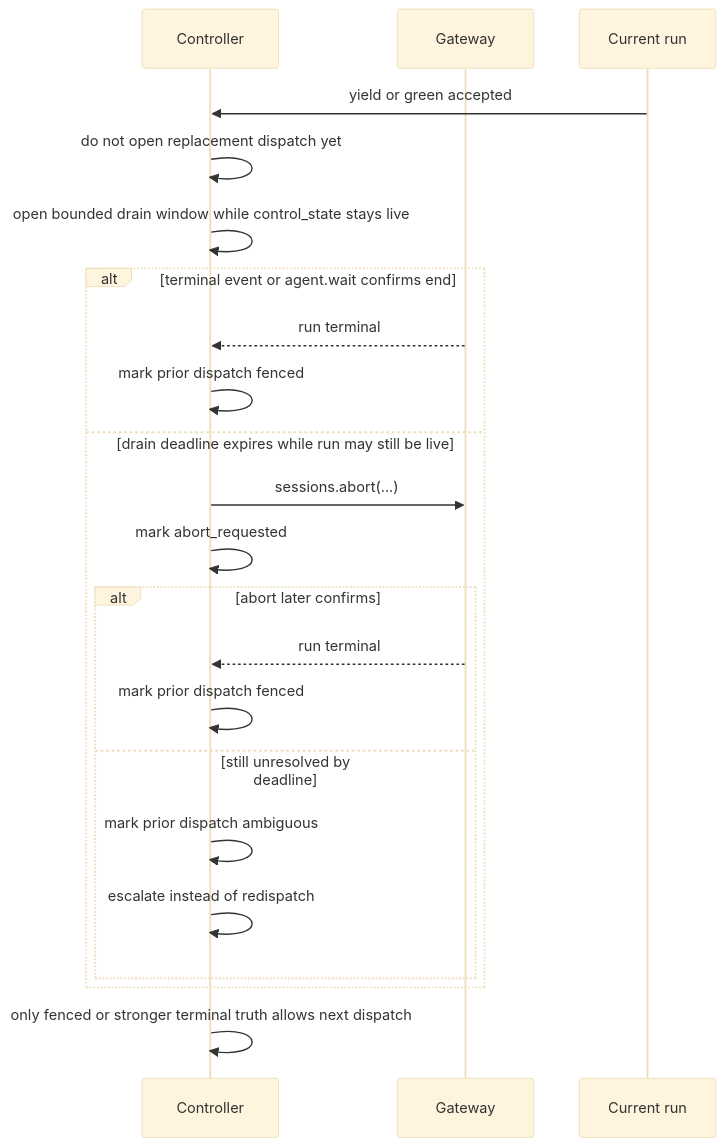
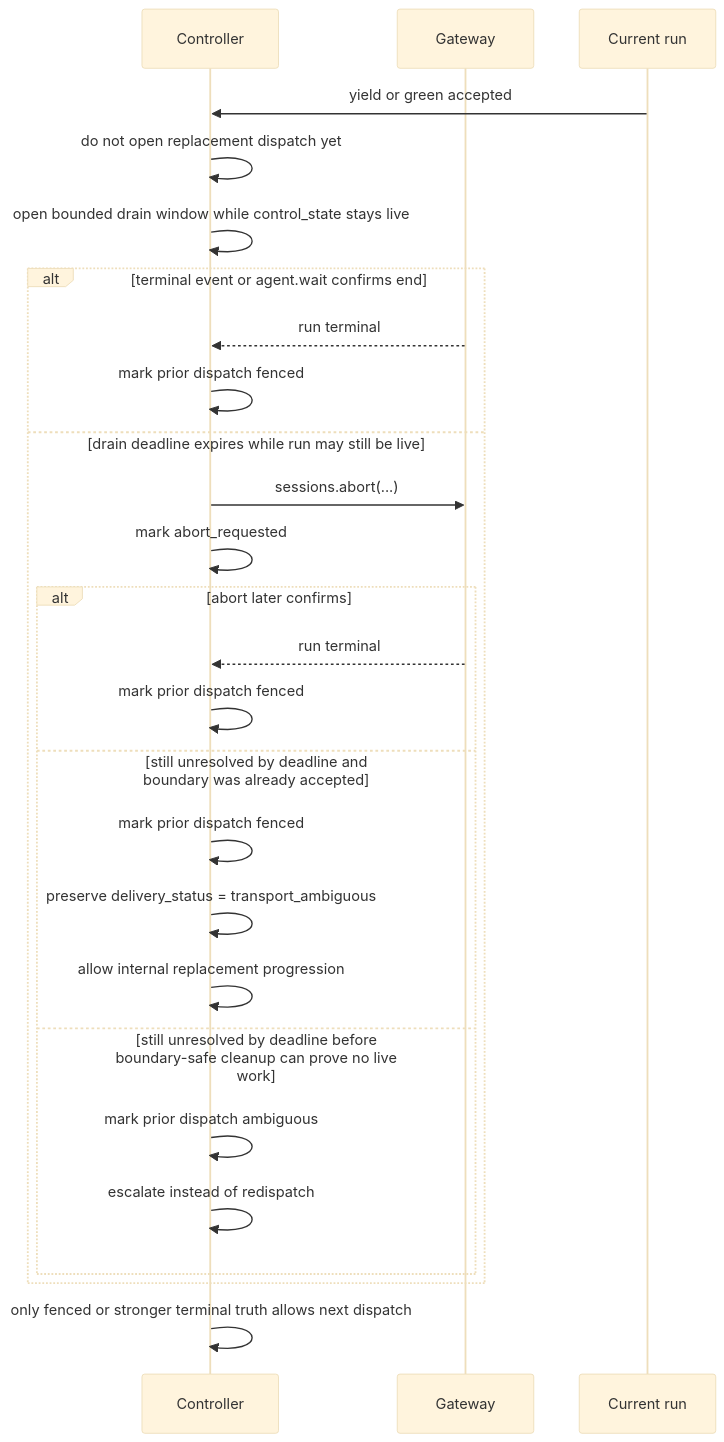
The second of 2 diagrams in docs/redesign/architecture/runtime-lifecycle-overview.md (ringlochid/AutoClaw), drawn with Mermaid (base theme) before and after one commit. The commit also changed other lines of this file and 72 other files, not shown here.

````diff
--- a/docs/redesign/architecture/runtime-lifecycle-overview.md
+++ b/docs/redesign/architecture/runtime-lifecycle-overview.md
@@ -104,25 +104,29 @@
 ```mermaid
 sequenceDiagram
     participant C as Controller
     participant G as Gateway
     participant R as Current run
 
     R->>C: yield or green accepted
     C->>C: do not open replacement dispatch yet
     C->>C: open bounded drain window while control_state stays live
     alt terminal event or agent.wait confirms end
         G-->>C: run terminal
         C->>C: mark prior dispatch fenced
     else drain deadline expires while run may still be live
         C->>G: sessions.abort(...)
         C->>C: mark abort_requested
         alt abort later confirms
             G-->>C: run terminal
             C->>C: mark prior dispatch fenced
-        else still unresolved by deadline
+        else still unresolved by deadline and boundary was already accepted
+            C->>C: mark prior dispatch fenced
+            C->>C: preserve delivery_status = transport_ambiguous
+            C->>C: allow internal replacement progression
+        else still unresolved by deadline before boundary-safe cleanup can prove no live work
             C->>C: mark prior dispatch ambiguous
             C->>C: escalate instead of redispatch
         end
     end
     C->>C: only fenced or stronger terminal truth allows next dispatch
 ```
````
